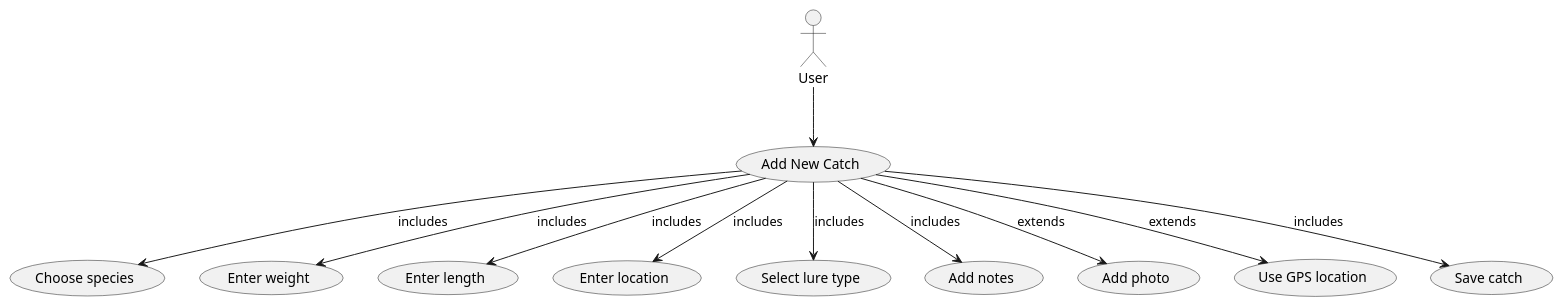
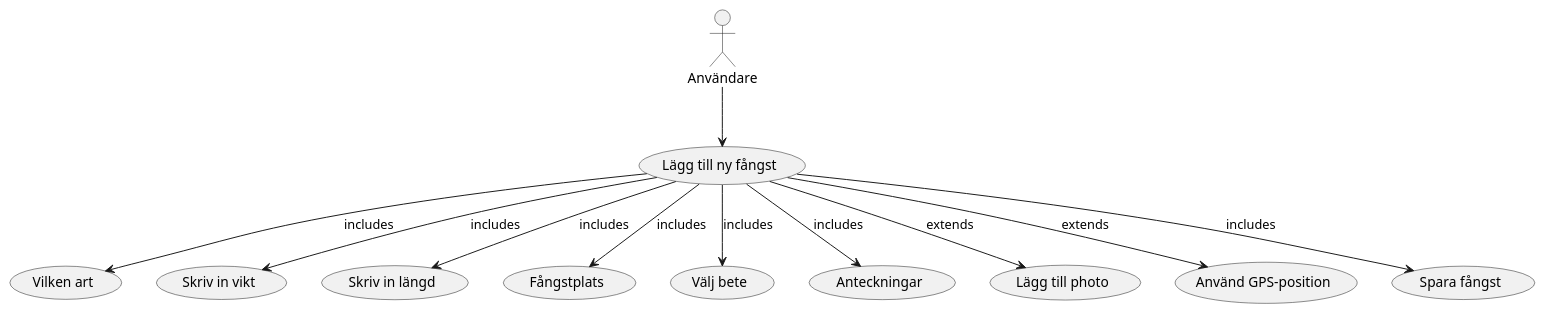
One commit to EmpyreanMist/Fishing-Diary changed the diagram in uml-diagram/add-catch.puml. Above: the diagram before and after it, drawn with PlantUML.

Commit message:
change langauge to swedish

```diff
--- a/uml-diagram/add-catch.puml
+++ b/uml-diagram/add-catch.puml
@@ -1,25 +1,25 @@
 @startuml add catch
-actor User
+actor "Användare" as User
 
-usecase "Add New Catch" as UC0
-usecase "Choose species" as UC1
-usecase "Enter weight" as UC2
-usecase "Enter length" as UC3
-usecase "Enter location" as UC4
-usecase "Select lure type" as UC5
-usecase "Add notes" as UC6
-usecase "Add photo" as UC7
-usecase "Use GPS location" as UC8
-usecase "Save catch" as UC9
+usecase "Lägg till ny fångst" as UC0
+usecase "Vilken art" as UC1
+usecase "Skriv in vikt" as UC2
+usecase "Skriv in längd" as UC3
+usecase "Fångstplats" as UC4
+usecase "Välj bete" as UC5
+usecase "Anteckningar" as UC6
+usecase "Lägg till photo" as UC7
+usecase "Använd GPS-position" as UC8
+usecase "Spara fångst" as UC9
 
 User --> UC0
 UC0 --> UC1 : includes
 UC0 --> UC2 : includes
 UC0 --> UC3 : includes
 UC0 --> UC4 : includes
 UC0 --> UC5 : includes
 UC0 --> UC6 : includes
 UC0 --> UC7 : extends
 UC0 --> UC8 : extends
 UC0 --> UC9 : includes
 @enduml
```
